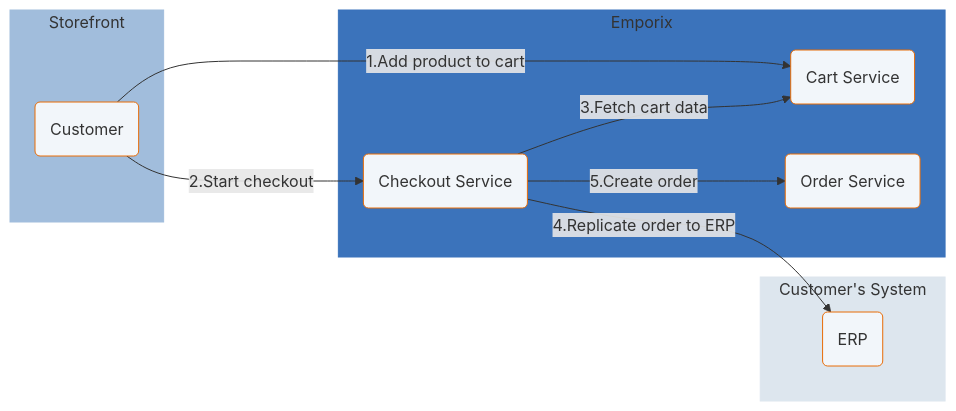
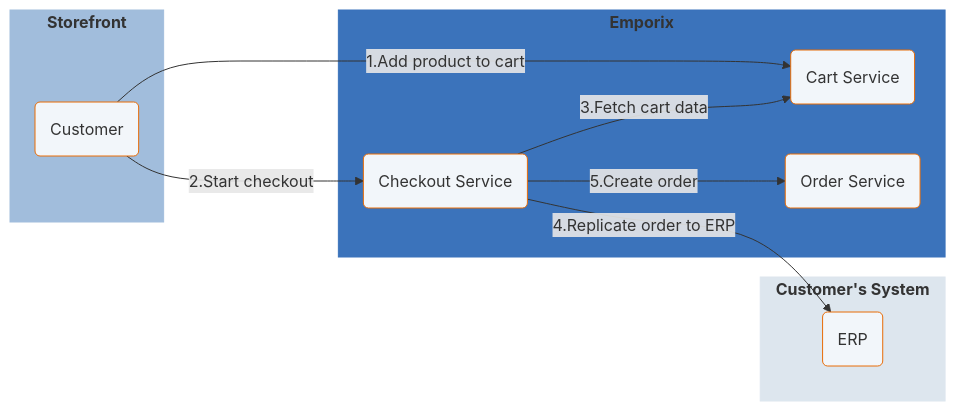
Before and after one commit to emporix/api-references: the first of 3 diagrams in orders/order/order.md, drawn with Mermaid. The commit also changed other lines of this file, not shown here.

Commit message:
COP-3102 Diagrams formatting fix

````diff
--- a/orders/order/order.md
+++ b/orders/order/order.md
@@ -34,43 +34,43 @@
 ```mermaid
 ---
 config:
   layout: fixed
   theme: default
   look: classic
   font-family: Lato, sans-serif
 ---
 flowchart LR
- subgraph subGraph0["Storefront"]
+ subgraph subGraph0["`**Storefront**`"]
         A["Customer"]
   end
- subgraph subGraph1["Emporix"]
+ subgraph subGraph1["`**Emporix**`"]
         CS["Cart Service"]
         CHK["Checkout Service"]
         OS["Order Service"]
   end
- subgraph subGraph2["Customer's System"]
+ subgraph subGraph2["`**Customer's System**`"]
         ERP["ERP"]
   end
     A -- "1.Add product to cart" --> CS
     A -- "2.Start checkout" --> CHK
     CHK -- "3.Fetch cart data" --> CS
     CHK -- "4.Replicate order to ERP" --> ERP
     CHK -- "5.Create order" --> OS
     A@{ shape: rounded}
     CS@{ shape: rounded}
     CHK@{ shape: rounded}
     OS@{ shape: rounded}
     ERP@{ shape: rounded}
      A:::Class_04
      CS:::Class_04
      CHK:::Class_04
      ERP:::Class_04
      OS:::Class_04
      subGraph1:::Class_03
      subGraph0:::Class_01
      subGraph2:::Class_02
     classDef Class_02 stroke-width:1px, stroke-dasharray: 0, stroke:#DDE6EE, fill:#DDE6EE
     classDef Class_01 stroke-width:1px, stroke-dasharray: 0, stroke:#A1BDDC, fill:#A1BDDC
     classDef Class_03 stroke-width:1px, stroke-dasharray: 0, stroke:#3b73bb, fill:#3b73bb
     classDef Class_04 fill:#F2F6FA, stroke:#E86C07
 ```
````
